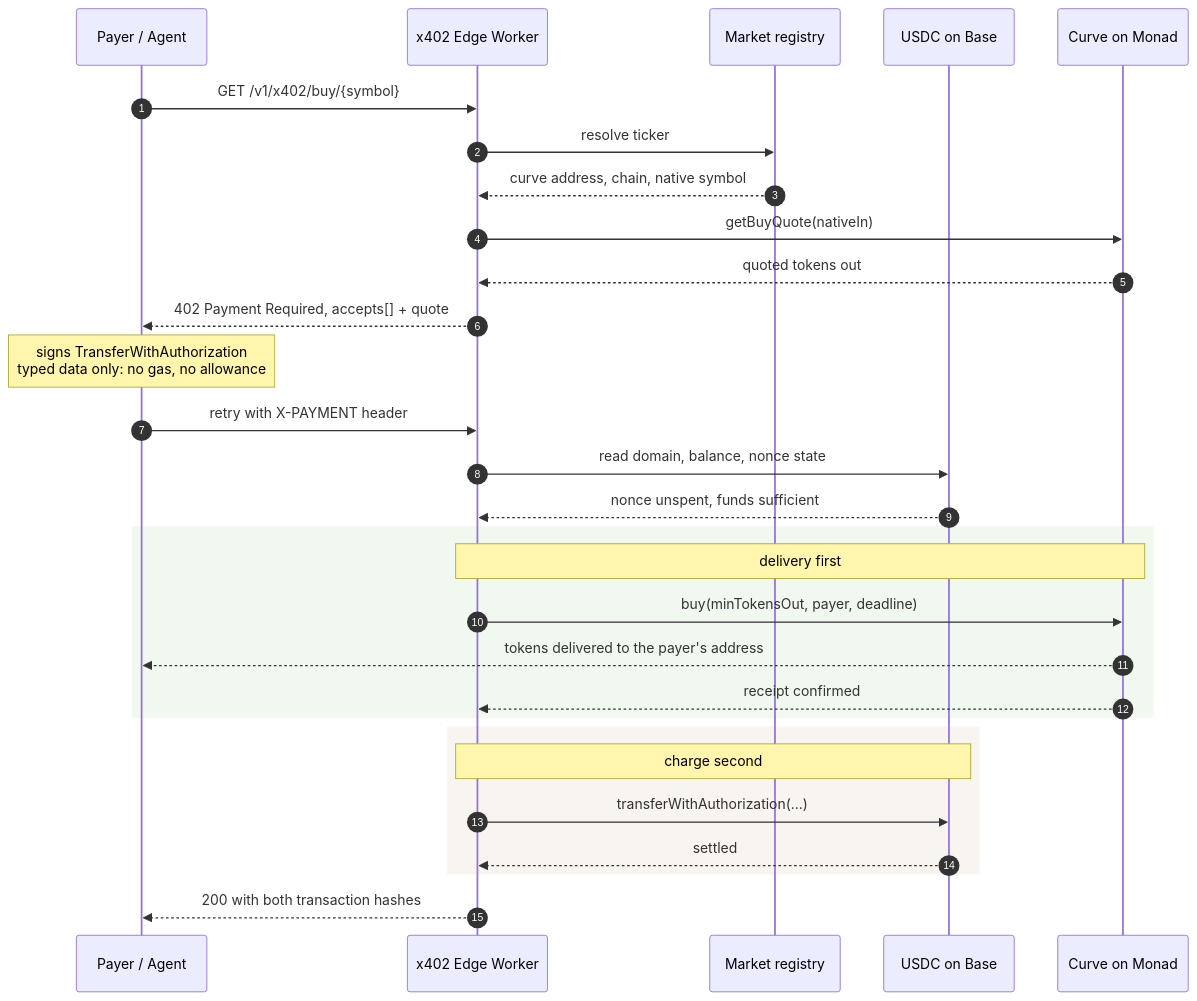
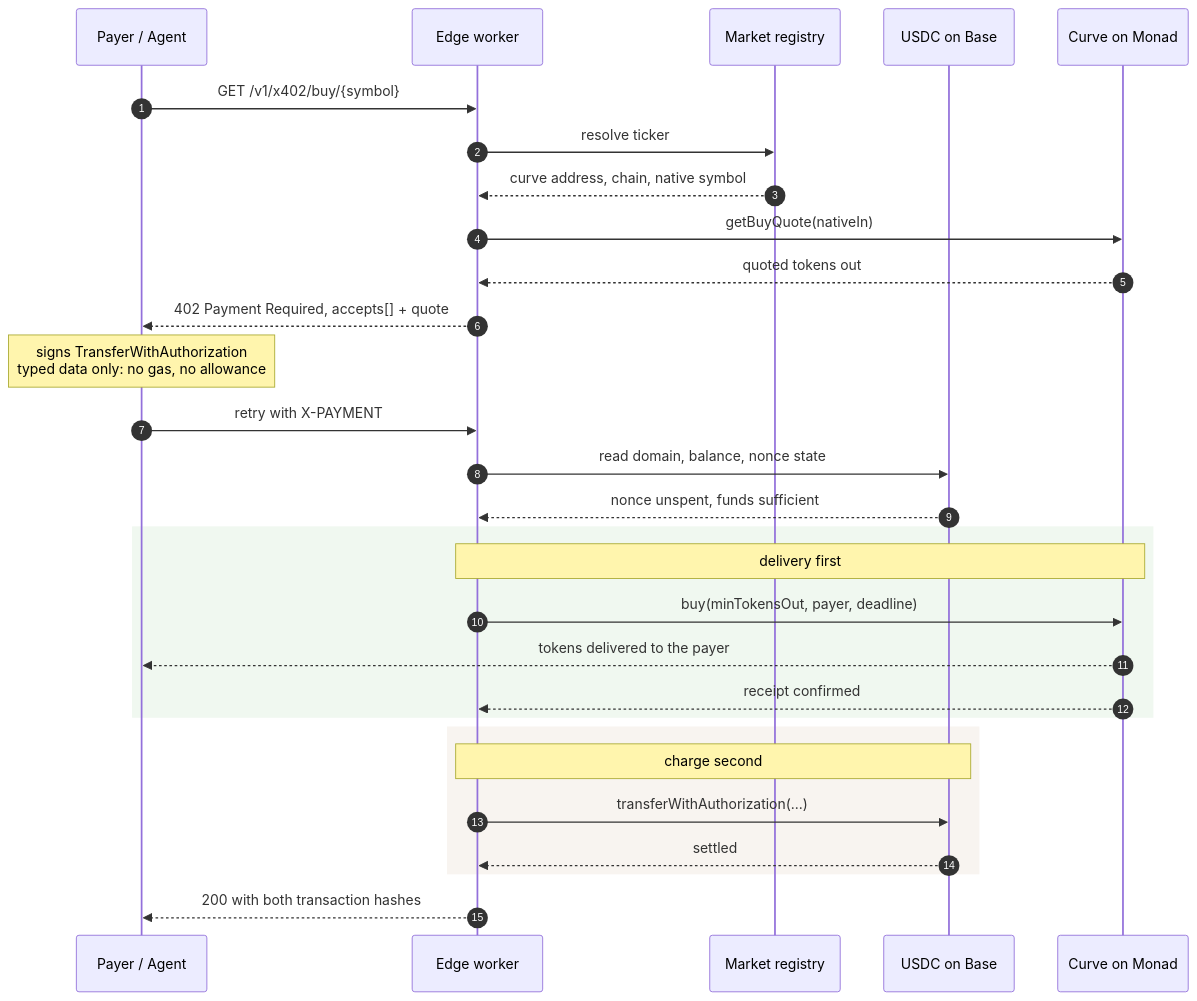
One commit to 0xcuy/adexto-monad changed the fourth of 6 diagrams in README.md. Above: the diagram before and after it, drawn with Mermaid. The commit also changed other lines of this file, not shown here.

````diff
--- a/README.md
+++ b/README.md
@@ -131,37 +265,37 @@
 ```mermaid
 sequenceDiagram
     autonumber
     participant A as Payer / Agent
-    participant E as x402 Edge Worker
+    participant E as Edge worker
     participant O as Market registry
     participant B as USDC on Base
     participant M as Curve on Monad
 
     A->>E: GET /v1/x402/buy/{symbol}
     E->>O: resolve ticker
     O-->>E: curve address, chain, native symbol
     E->>M: getBuyQuote(nativeIn)
     M-->>E: quoted tokens out
     E-->>A: 402 Payment Required, accepts[] + quote
 
     Note over A: signs TransferWithAuthorization<br/>typed data only: no gas, no allowance
 
-    A->>E: retry with X-PAYMENT header
+    A->>E: retry with X-PAYMENT
     E->>B: read domain, balance, nonce state
     B-->>E: nonce unspent, funds sufficient
 
     rect rgb(240, 248, 240)
         Note over E,M: delivery first
         E->>M: buy(minTokensOut, payer, deadline)
-        M-->>A: tokens delivered to the payer's address
+        M-->>A: tokens delivered to the payer
         M-->>E: receipt confirmed
     end
 
     rect rgb(248, 244, 240)
         Note over E,B: charge second
         E->>B: transferWithAuthorization(...)
         B-->>E: settled
     end
 
     E-->>A: 200 with both transaction hashes
 ```
````
